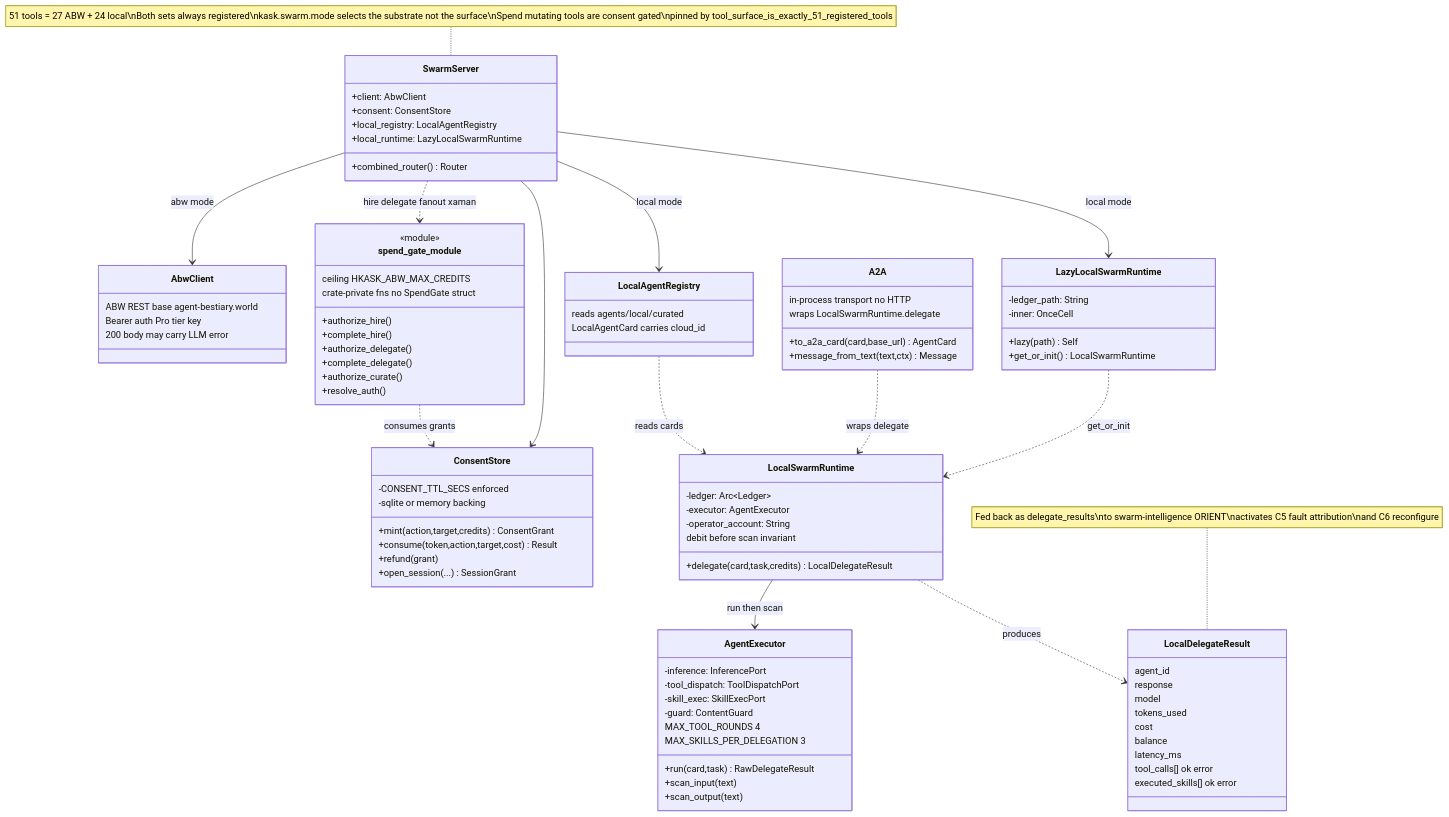
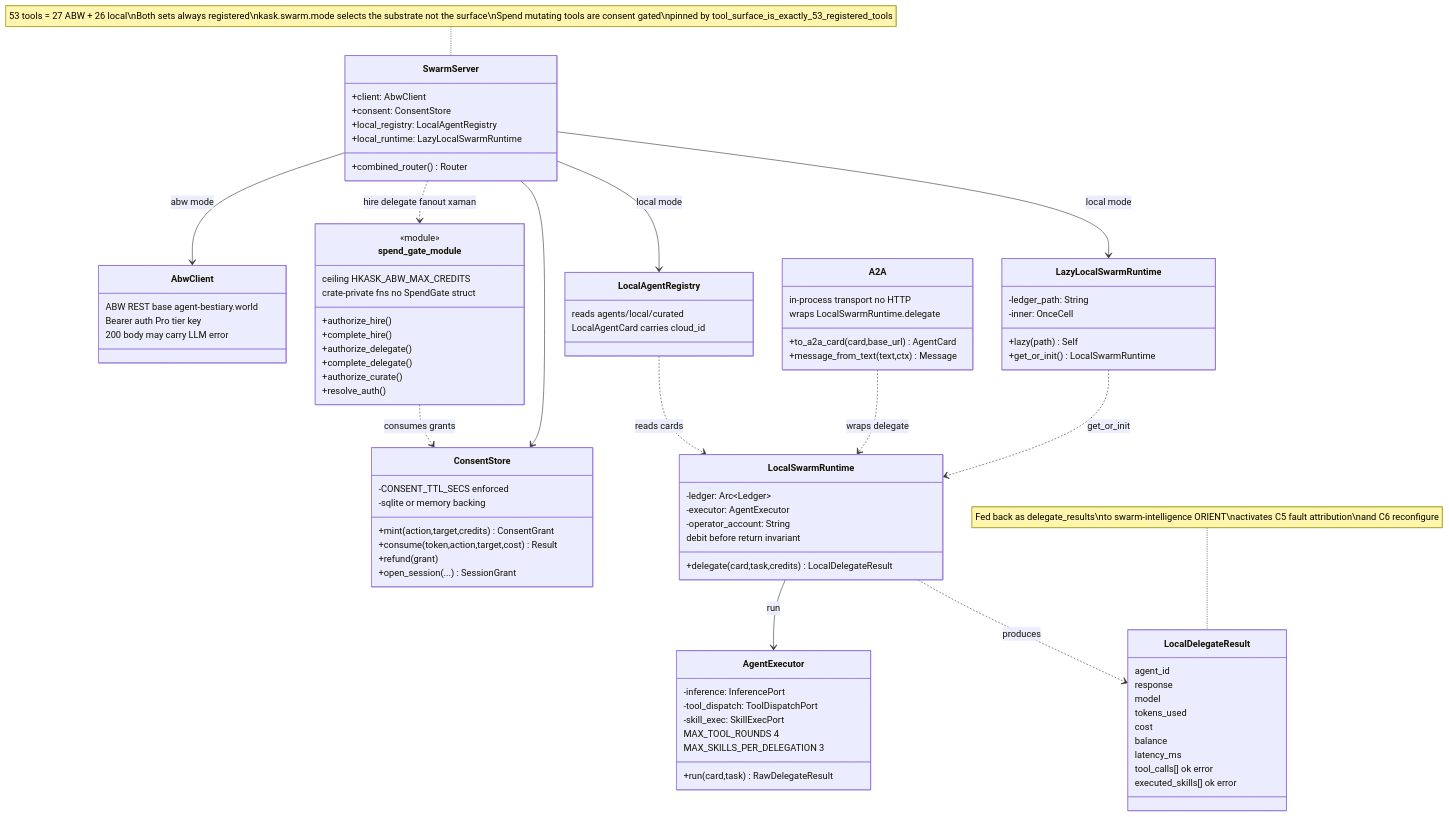
The diagram in kask/docs/diagrams/class-swarm-server.md (mdz-axo/zed-kask), drawn with Mermaid before and after one commit. The commit also changed other lines of this file and 39 other files, not shown here.

````diff
--- a/kask/docs/diagrams/class-swarm-server.md
+++ b/kask/docs/diagrams/class-swarm-server.md
@@ -66,16 +67,13 @@
         -executor: AgentExecutor
         -operator_account: String
         +delegate(card,task,credits) LocalDelegateResult
-        debit before scan invariant
+        debit before return invariant
     }
     class AgentExecutor {
         -inference: InferencePort
         -tool_dispatch: ToolDispatchPort
         -skill_exec: SkillExecPort
-        -guard: ContentGuard
         +run(card,task) RawDelegateResult
-        +scan_input(text)
-        +scan_output(text)
         MAX_TOOL_ROUNDS 4
         MAX_SKILLS_PER_DELEGATION 3
     }
@@ -108,11 +106,11 @@
     spend_gate_module ..> ConsentStore : consumes grants
     SwarmServer ..> spend_gate_module : hire delegate fanout xaman
     LazyLocalSwarmRuntime ..> LocalSwarmRuntime : get_or_init
-    LocalSwarmRuntime --> AgentExecutor : run then scan
+    LocalSwarmRuntime --> AgentExecutor : run
     LocalSwarmRuntime ..> LocalDelegateResult : produces
     A2A ..> LocalSwarmRuntime : wraps delegate
     LocalAgentRegistry ..> LocalSwarmRuntime : reads cards
 
-    note for SwarmServer "51 tools = 27 ABW + 24 local\nBoth sets always registered\nkask.swarm.mode selects the substrate not the surface\nSpend mutating tools are consent gated\npinned by tool_surface_is_exactly_51_registered_tools"
+    note for SwarmServer "53 tools = 27 ABW + 26 local\nBoth sets always registered\nkask.swarm.mode selects the substrate not the surface\nSpend mutating tools are consent gated\npinned by tool_surface_is_exactly_53_registered_tools"
     note for LocalDelegateResult "Fed back as delegate_results\nto swarm-intelligence ORIENT\nactivates C5 fault attribution\nand C6 reconfigure"
 ```
````
